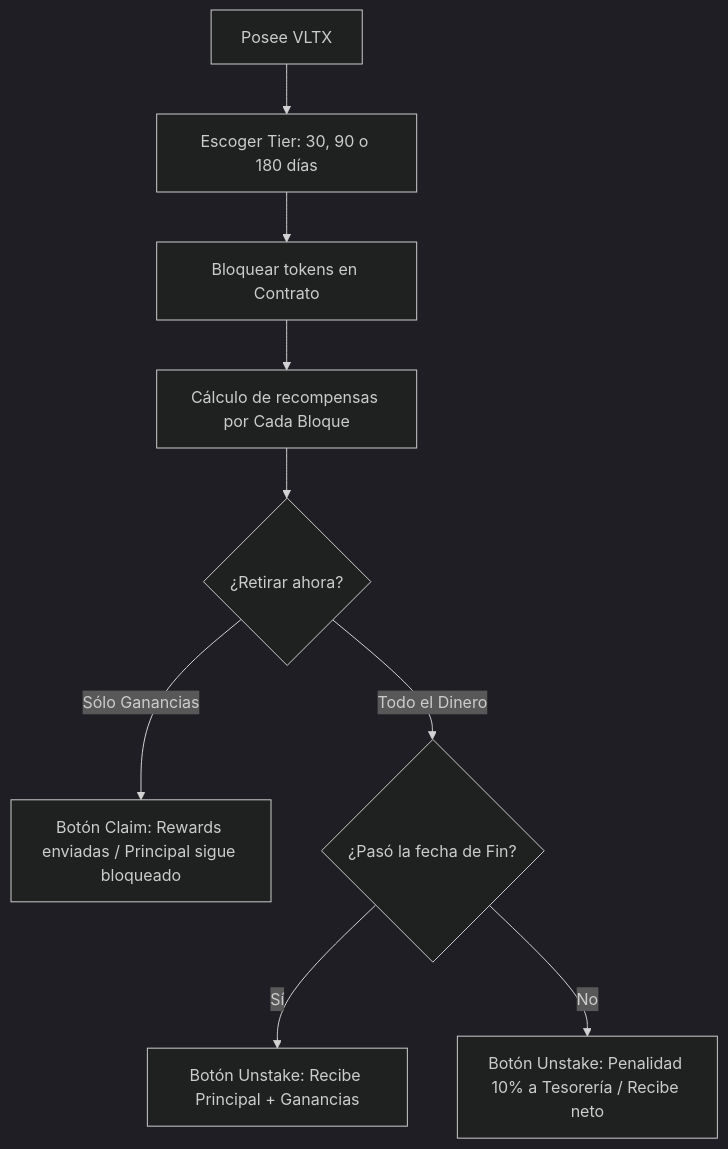
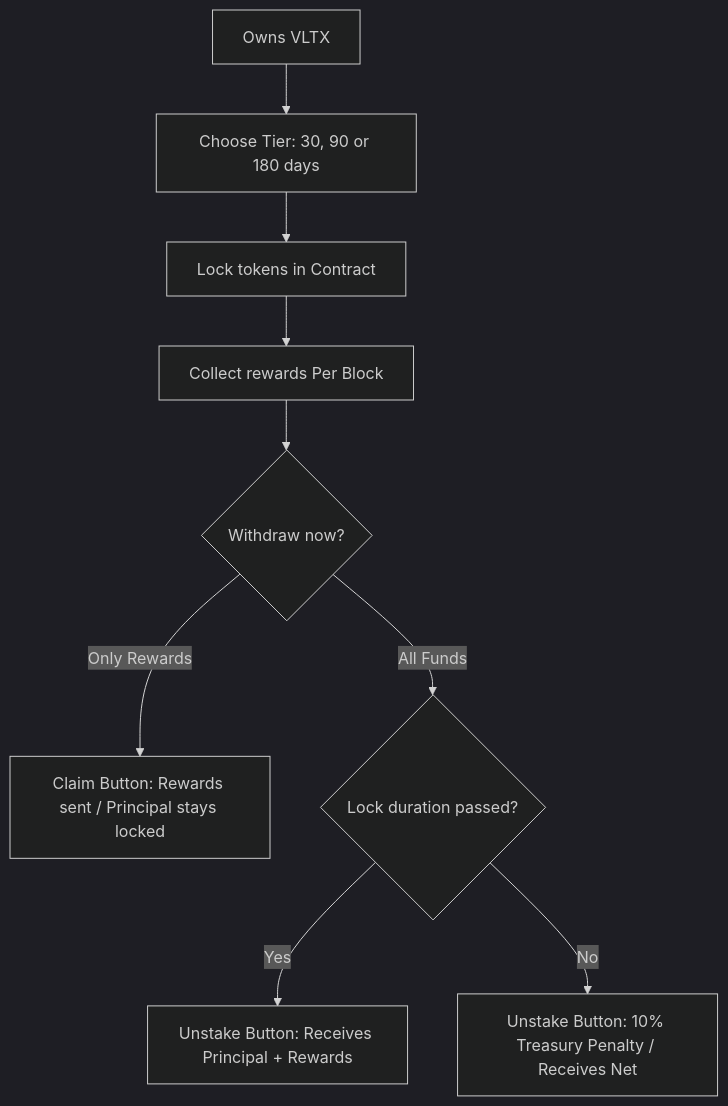
The second of 2 diagrams in DOCUMENTATION.md (yeihernandez9/vaultx-dapp-project), drawn with Mermaid (dark theme) before and after one commit. The commit also changed other lines of this file and 2 other files, not shown here.

````diff
--- a/DOCUMENTATION.md
+++ b/DOCUMENTATION.md
@@ -107,11 +107,11 @@
 ```mermaid
 graph TD
-    A[Posee VLTX] --> B[Escoger Tier: 30, 90 o 180 días]
-    B --> C[Bloquear tokens en Contrato]
-    C --> D[Cálculo de recompensas por Cada Bloque]
-    D --> E{¿Retirar ahora?}
-    E -- Sólo Ganancias --> F[Botón Claim: Rewards enviadas / Principal sigue bloqueado]
-    E -- Todo el Dinero --> G{¿Pasó la fecha de Fin?}
-    G -- Sí --> H[Botón Unstake: Recibe Principal + Ganancias]
-    G -- No --> I[Botón Unstake: Penalidad 10% a Tesorería / Recibe neto]
+    A[Owns VLTX] --> B[Choose Tier: 30, 90 or 180 days]
+    B --> C[Lock tokens in Contract]
+    C --> D[Collect rewards Per Block]
+    D --> E{Withdraw now?}
+    E -- Only Rewards --> F[Claim Button: Rewards sent / Principal stays locked]
+    E -- All Funds --> G{Lock duration passed?}
+    G -- Yes --> H[Unstake Button: Receives Principal + Rewards]
+    G -- No --> I[Unstake Button: 10% Treasury Penalty / Receives Net]
 ```
````
